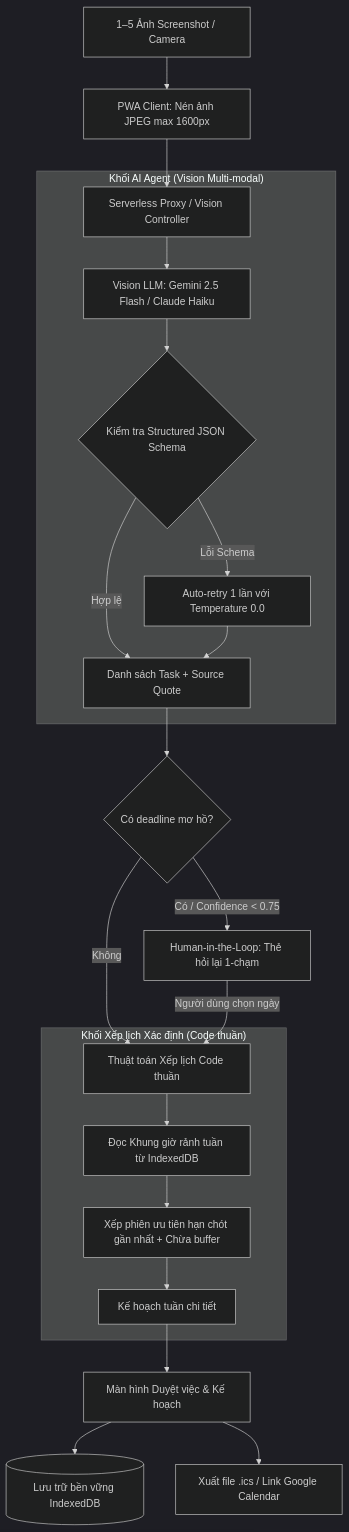
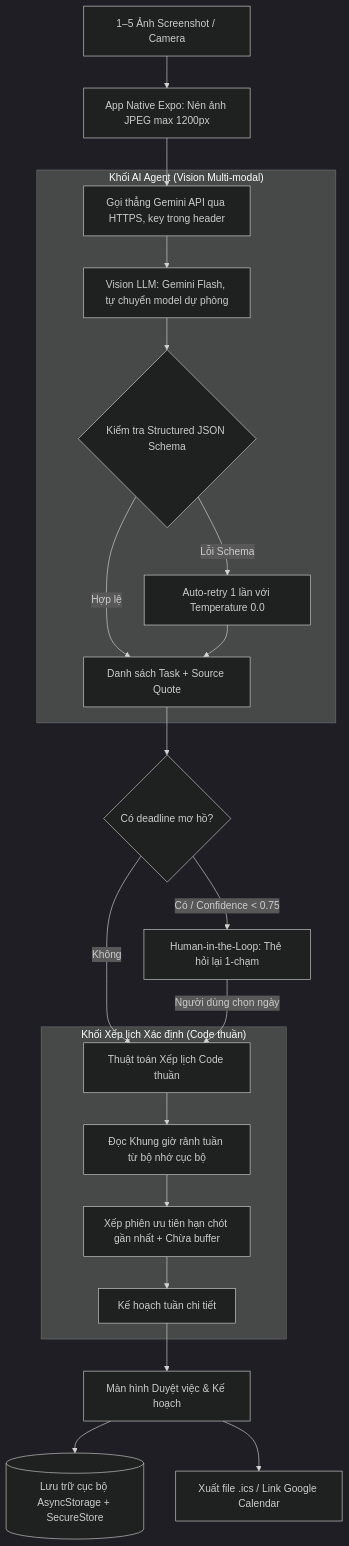
One commit to Lucvuu/plansnap-codex-hackathon changed the diagram in docs/02_AGENTS.md. Above: the diagram before and after it, drawn with Mermaid (dark theme). The commit also changed other lines of this file and 13 other files, not shown here.

First line of the commit message:
docs: switch plan from PWA to native Expo app (DEC-08)

````diff
--- a/docs/02_AGENTS.md
+++ b/docs/02_AGENTS.md
@@ -23,29 +23,29 @@
 ```mermaid
 flowchart TD
-    IMG[1–5 Ảnh Screenshot / Camera] --> CLIENT[PWA Client: Nén ảnh JPEG max 1600px]
-    CLIENT --> API[Serverless Proxy / Vision Controller]
+    IMG[1–5 Ảnh Screenshot / Camera] --> CLIENT[App Native Expo: Nén ảnh JPEG max 1200px]
+    CLIENT --> API[Gọi thẳng Gemini API qua HTTPS, key trong header]
     
     subgraph AGENT_BRAIN["Khối AI Agent (Vision Multi-modal)"]
-        API --> V_LLM[Vision LLM: Gemini 2.5 Flash / Claude Haiku]
+        API --> V_LLM[Vision LLM: Gemini Flash, tự chuyển model dự phòng]
         V_LLM --> JSON_SCHEMA{Kiểm tra Structured JSON Schema}
         JSON_SCHEMA -->|Hợp lệ| TASKS[Danh sách Task + Source Quote]
         JSON_SCHEMA -->|Lỗi Schema| RETRY[Auto-retry 1 lần với Temperature 0.0]
         RETRY --> TASKS
     end
 
     TASKS --> CHECK_AMBIGUOUS{Có deadline mơ hồ?}
     CHECK_AMBIGUOUS -->|Có / Confidence < 0.75| HITL[Human-in-the-Loop: Thẻ hỏi lại 1-chạm]
     CHECK_AMBIGUOUS -->|Không| SCHEDULER
 
     HITL -->|Người dùng chọn ngày| SCHEDULER[Thuật toán Xếp lịch Code thuần]
     
     subgraph DETERMINISTIC_ENGINE["Khối Xếp lịch Xác định (Code thuần)"]
-        SCHEDULER --> AVAIL[Đọc Khung giờ rảnh tuần từ IndexedDB]
+        SCHEDULER --> AVAIL[Đọc Khung giờ rảnh tuần từ bộ nhớ cục bộ]
         AVAIL --> PACKING[Xếp phiên ưu tiên hạn chót gần nhất + Chừa buffer]
         PACKING --> PLAN[Kế hoạch tuần chi tiết]
     end
 
     PLAN --> REVIEW[Màn hình Duyệt việc & Kế hoạch]
-    REVIEW --> LOCAL_DB[(Lưu trữ bền vững IndexedDB)]
+    REVIEW --> LOCAL_DB[(Lưu trữ cục bộ AsyncStorage + SecureStore)]
     REVIEW --> EXPORT[Xuất file .ics / Link Google Calendar]
 ```
````
